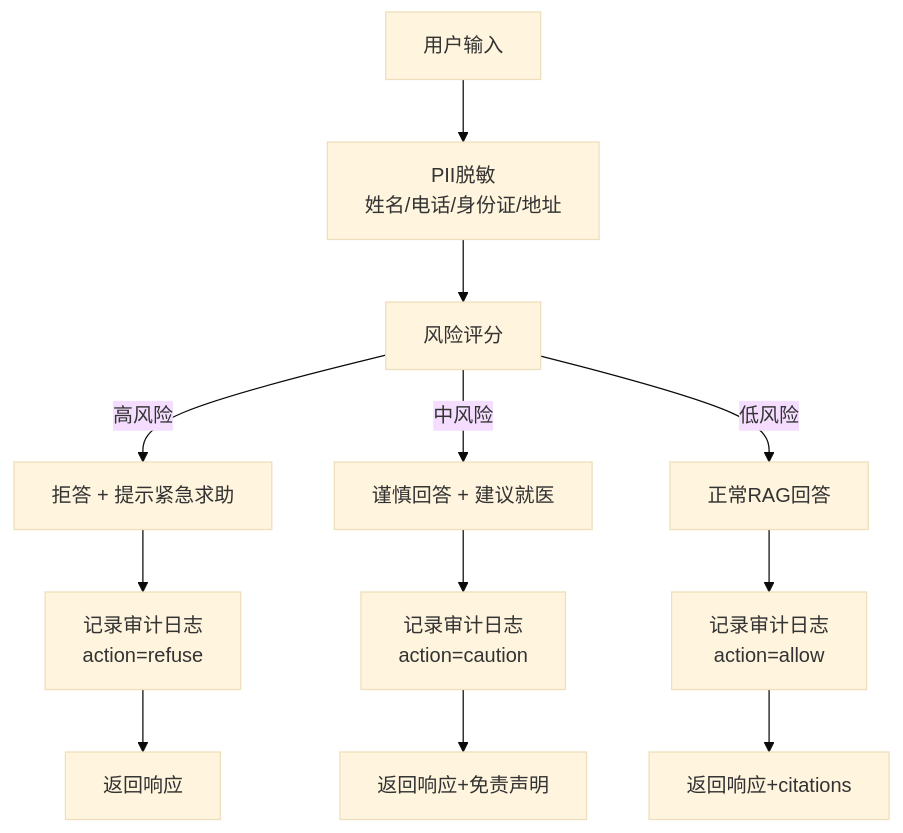
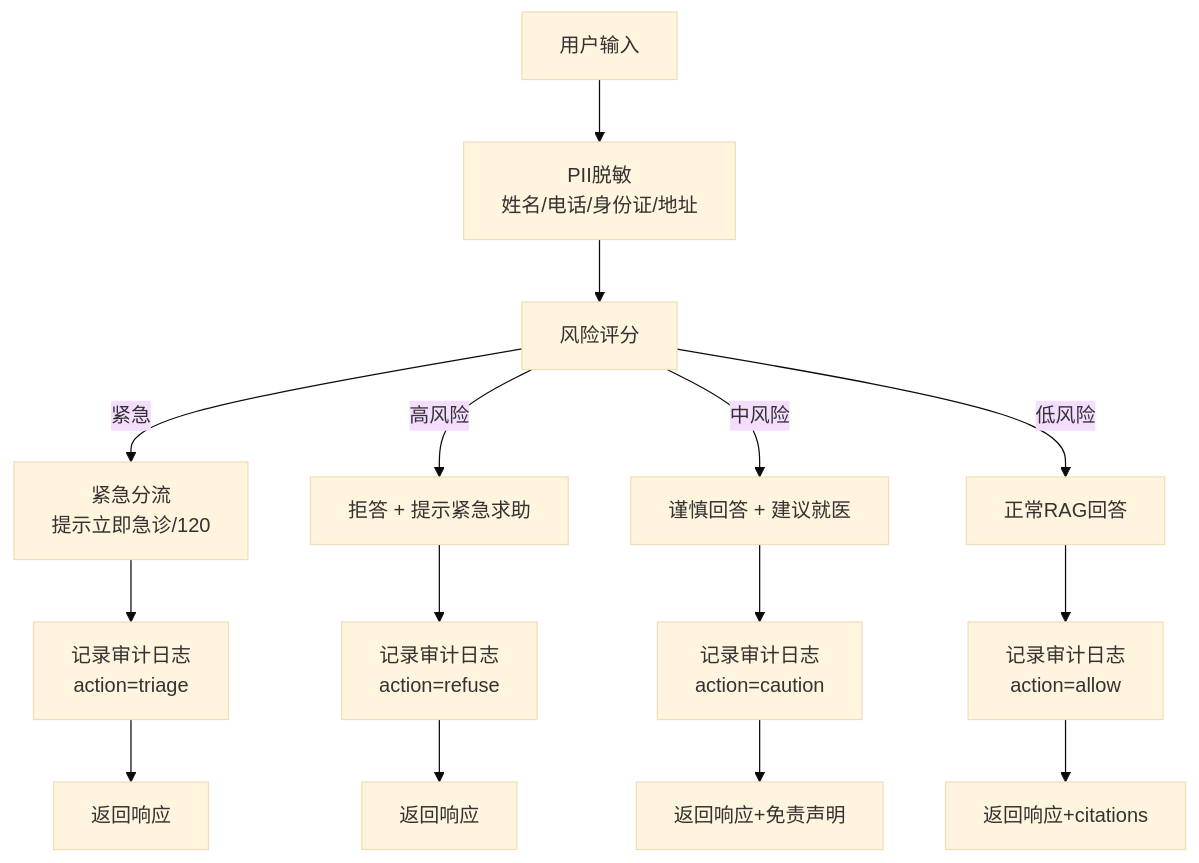
The third of 3 diagrams in THESIS_OUTLINE.md (JianwenShaw/MediAskDocs), drawn with Mermaid (base theme) before and after one commit. The commit also changed other lines of this file and 12 other files, not shown here.

````diff
--- a/THESIS_OUTLINE.md
+++ b/THESIS_OUTLINE.md
@@ -193,17 +197,20 @@
 ```mermaid
 flowchart TD
     Input[用户输入] --> Desensitize[PII脱敏<br/>姓名/电话/身份证/地址]
     Desensitize --> RiskScore[风险评分]
     
+    RiskScore -->|紧急| Triage[紧急分流<br/>提示立即急诊/120]
     RiskScore -->|高风险| Refuse[拒答 + 提示紧急求助]
     RiskScore -->|中风险| Caution[谨慎回答 + 建议就医]
     RiskScore -->|低风险| Allow[正常RAG回答]
     
+    Triage --> Log0[记录审计日志<br/>action=triage]
     Refuse --> Log1[记录审计日志<br/>action=refuse]
     Caution --> Log2[记录审计日志<br/>action=caution]
     Allow --> Log3[记录审计日志<br/>action=allow]
     
+    Log0 --> Output0[返回响应]
     Log1 --> Output1[返回响应]
     Log2 --> Output2[返回响应+免责声明]
     Log3 --> Output3[返回响应+citations]
 ```
````
